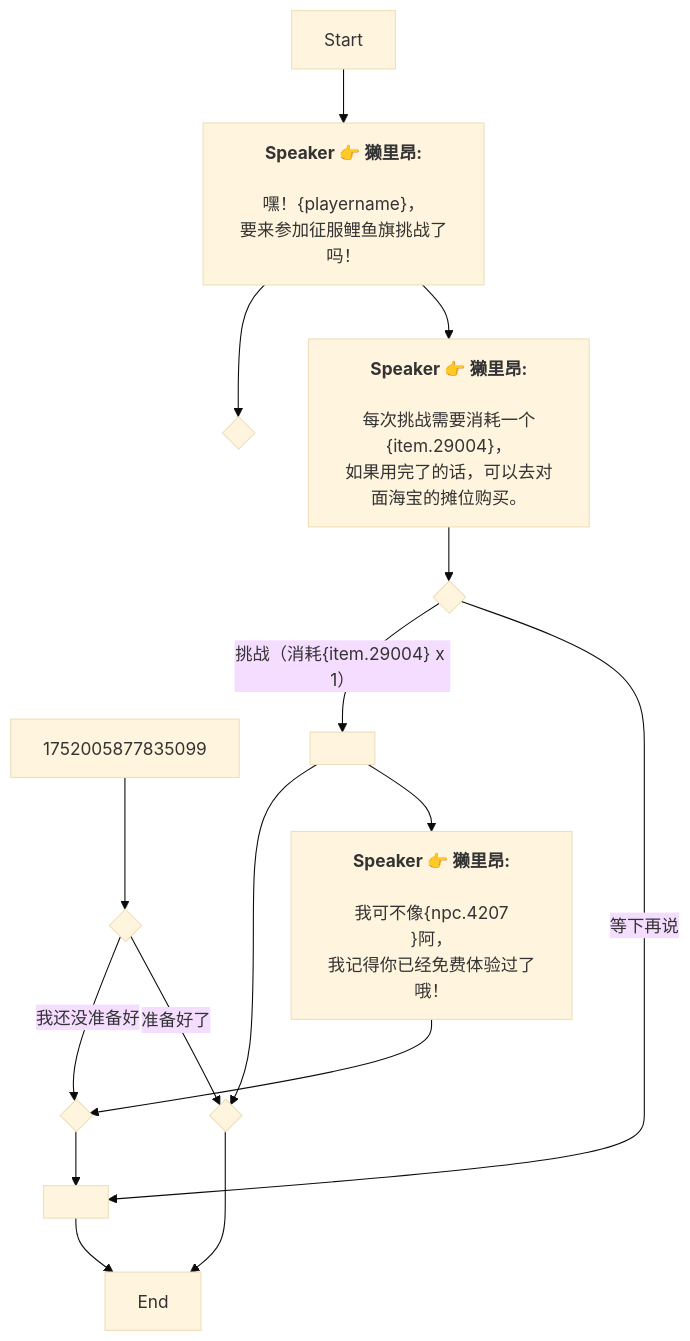
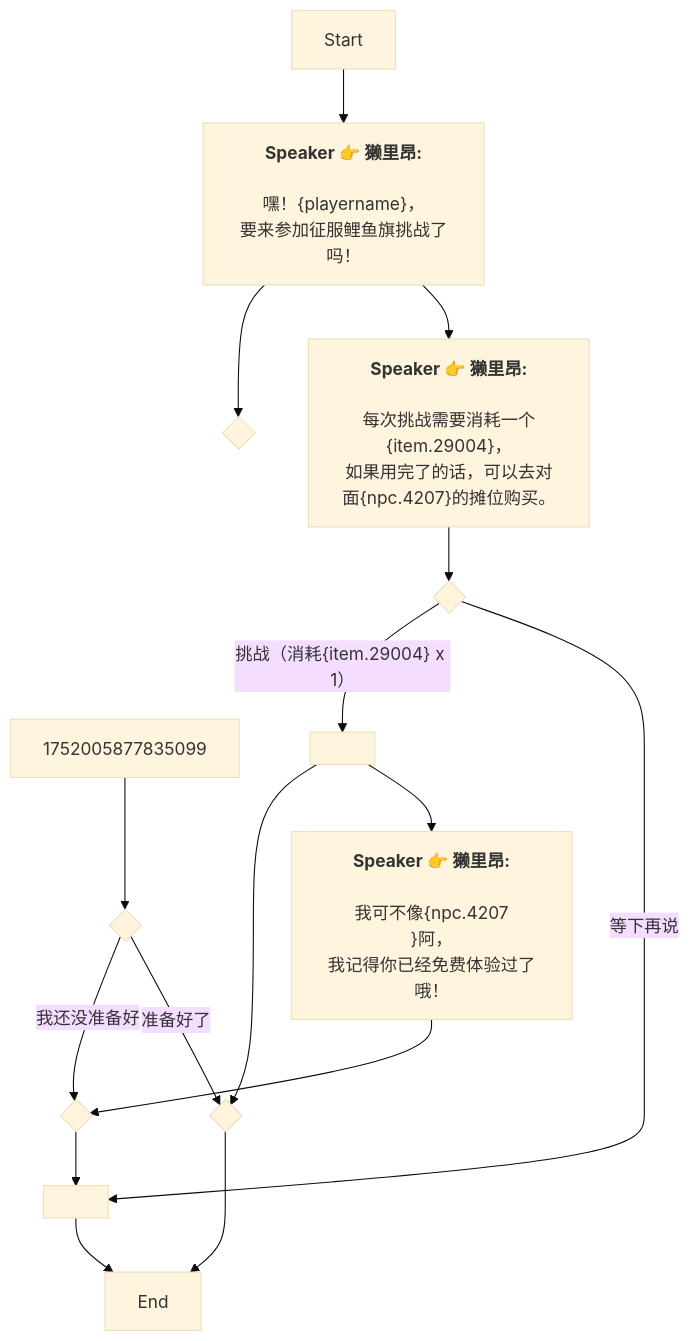
One commit to SoftHu/tos_avg changed the diagram in Zh/AddDialogNode_1747827838779673.md. Above: the diagram before and after it, drawn with Mermaid (base theme). The commit also changed 199 other files, not shown here.

````diff
--- a/Zh/AddDialogNode_1747827838779673.md
+++ b/Zh/AddDialogNode_1747827838779673.md
@@ -1,29 +1,29 @@
 ```mermaid
 graph
 Start -->1747827907015965[<b>Speaker 👉 獭里昂:</b>
 
 嘿！&lbrace;playername&rbrace;，
 要来参加征服鲤鱼旗挑战了吗！]
 1747827907015965 -->1752005483736403{ }
 1747827907015965 -->1752005655631188[<b>Speaker 👉 獭里昂:</b>
 
 每次挑战需要消耗一个&lbrace;item.29004&rbrace;，
-如果用完了的话，可以去对面海宝的摊位购买。]
+如果用完了的话，可以去对面&lbrace;npc.4207&rbrace;的摊位购买。]
 1752005877835099 -->1752005938413916{ }
 1752005938413916 -->|我还没准备好|1752005960656225[ ]
 1752005938413916 -->|准备好了|1751644280567093[ ]
 1752005960656225 -->1751644294411574{ }
 1751644294411574 -->1747827980024094[End]
 1751644280567093 -->1747827980024094[End]
 1752005655631188 -->1752005828131157{ }
 1752005828131157 -->|挑战（消耗&lbrace;item.29004&rbrace; x 1）|1752005867783514[ ]
 1752005828131157 -->|等下再说|1751644294411574[ ]
 1752005867783514 -->1751644280567093{ }
 1752005867783514 -->1752006146056546[<b>Speaker 👉 獭里昂:</b>
 
 我可不像&lbrace;npc.4207
 &rbrace;阿，
 我记得你已经免费体验过了哦！]
 1752006146056546 -->1752005960656225{ }
 
  ```
````
